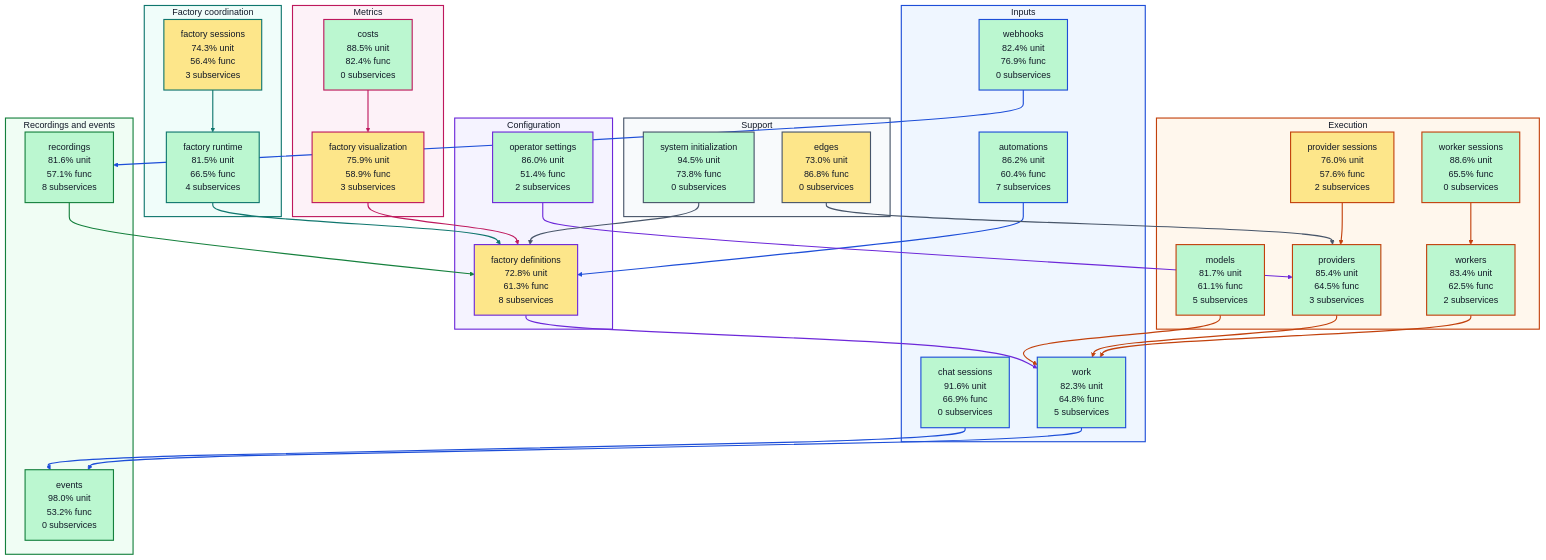
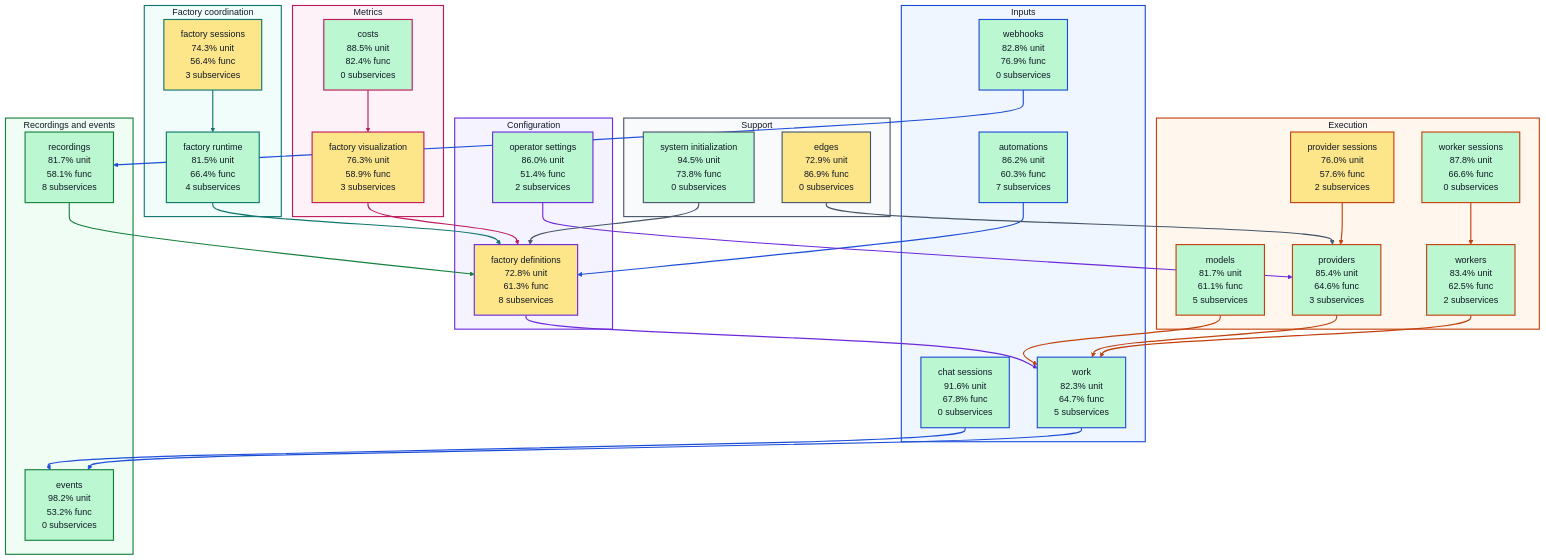
The diagram in docs/architecture/visualizations/high-level-test-coverage.md (portpowered/you-agent-factory), drawn with Mermaid before and after one commit. The commit also changed other lines of this file and 20 other files, not shown here.

Commit message:
docs: refresh backend architecture visualizations

````diff
--- a/docs/architecture/visualizations/high-level-test-coverage.md
+++ b/docs/architecture/visualizations/high-level-test-coverage.md
@@ -11,36 +11,36 @@
 ```mermaid
 flowchart TB
   subgraph input["Inputs"]
-    s_services_automations["automations<br/>86.2% unit<br/>60.4% func<br/>7 subservices"]
-    s_services_chat_sessions["chat sessions<br/>91.6% unit<br/>66.9% func<br/>0 subservices"]
-    s_services_webhooks["webhooks<br/>82.4% unit<br/>76.9% func<br/>0 subservices"]
-    s_services_work["work<br/>82.3% unit<br/>64.8% func<br/>5 subservices"]
+    s_services_automations["automations<br/>86.2% unit<br/>60.3% func<br/>7 subservices"]
+    s_services_chat_sessions["chat sessions<br/>91.6% unit<br/>67.8% func<br/>0 subservices"]
+    s_services_webhooks["webhooks<br/>82.8% unit<br/>76.9% func<br/>0 subservices"]
+    s_services_work["work<br/>82.3% unit<br/>64.7% func<br/>5 subservices"]
   end
   subgraph configuration["Configuration"]
     s_services_factory_definitions["factory definitions<br/>72.8% unit<br/>61.3% func<br/>8 subservices"]
     s_services_operator_settings["operator settings<br/>86.0% unit<br/>51.4% func<br/>2 subservices"]
   end
   subgraph coordination["Factory coordination"]
-    s_services_factory_runtime["factory runtime<br/>81.5% unit<br/>66.5% func<br/>4 subservices"]
+    s_services_factory_runtime["factory runtime<br/>81.5% unit<br/>66.4% func<br/>4 subservices"]
     s_services_factory_sessions["factory sessions<br/>74.3% unit<br/>56.4% func<br/>3 subservices"]
   end
   subgraph execution["Execution"]
     s_services_models["models<br/>81.7% unit<br/>61.1% func<br/>5 subservices"]
     s_services_provider_sessions["provider sessions<br/>76.0% unit<br/>57.6% func<br/>2 subservices"]
-    s_services_providers["providers<br/>85.4% unit<br/>64.5% func<br/>3 subservices"]
-    s_services_worker_sessions["worker sessions<br/>88.6% unit<br/>65.5% func<br/>0 subservices"]
+    s_services_providers["providers<br/>85.4% unit<br/>64.6% func<br/>3 subservices"]
+    s_services_worker_sessions["worker sessions<br/>87.8% unit<br/>66.6% func<br/>0 subservices"]
     s_services_workers["workers<br/>83.4% unit<br/>62.5% func<br/>2 subservices"]
   end
   subgraph recordings["Recordings and events"]
-    s_services_events["events<br/>98.0% unit<br/>53.2% func<br/>0 subservices"]
-    s_services_recordings["recordings<br/>81.6% unit<br/>57.1% func<br/>8 subservices"]
+    s_services_events["events<br/>98.2% unit<br/>53.2% func<br/>0 subservices"]
+    s_services_recordings["recordings<br/>81.7% unit<br/>58.1% func<br/>8 subservices"]
   end
   subgraph metrics["Metrics"]
     s_services_costs["costs<br/>88.5% unit<br/>82.4% func<br/>0 subservices"]
-    s_services_factory_visualization["factory visualization<br/>75.9% unit<br/>58.9% func<br/>3 subservices"]
+    s_services_factory_visualization["factory visualization<br/>76.3% unit<br/>58.9% func<br/>3 subservices"]
   end
   subgraph support["Support"]
-    s_services_edges["edges<br/>73.0% unit<br/>86.8% func<br/>0 subservices"]
+    s_services_edges["edges<br/>72.9% unit<br/>86.9% func<br/>0 subservices"]
     s_services_system_initialization["system initialization<br/>94.5% unit<br/>73.8% func<br/>0 subservices"]
   end
   s_services_automations --> s_services_factory_definitions
````
